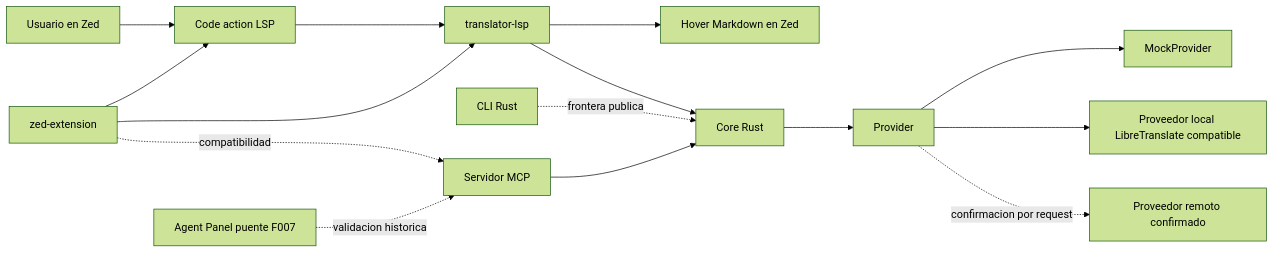
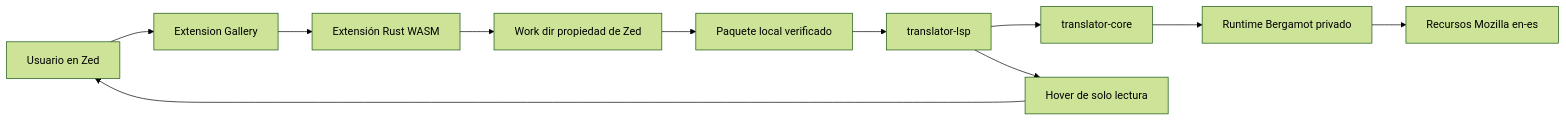
Before and after one commit to Theos48/zed-en-es-translator: the first of 5 diagrams in docs/diagrams.md, drawn with Mermaid (forest theme). The commit also changed other lines of this file and 275 other files, not shown here.

First line of the commit message:
refactor(repository)!: converge on the Gallery runtime

````diff
--- a/docs/diagrams.md
+++ b/docs/diagrams.md
@@ -9,31 +7,24 @@
 ```mermaid
 flowchart LR
     user[Usuario en Zed]
-    action[Code action LSP]
-    preview[Hover Markdown en Zed]
-    extension[zed-extension]
+    gallery[Extension Gallery]
+    extension[Extensión Rust WASM]
+    work[Work dir propiedad de Zed]
+    package[Paquete local verificado]
     lsp[translator-lsp]
-    mcp[Servidor MCP]
-    cli[CLI Rust]
-    core[Core Rust]
-    provider[Provider]
-    mock[MockProvider]
-    local[Proveedor local LibreTranslate compatible]
-    remote[Proveedor remoto confirmado]
-    agent[Agent Panel puente F007]
+    core[translator-core]
+    runner[Runtime Bergamot privado]
+    models[Recursos Mozilla en-es]
+    preview[Hover de solo lectura]
 
-    user --> action
-    extension --> action
-    action --> lsp
+    user --> gallery
+    gallery --> extension
+    extension --> work
+    work --> package
+    package --> lsp
+    lsp --> core
+    core --> runner
+    runner --> models
     lsp --> preview
-    lsp --> core
-    extension --> lsp
-    extension -. compatibilidad .-> mcp
-    cli -. frontera publica .-> core
-    mcp --> core
-    core --> provider
-    provider --> mock
-    provider --> local
-    provider -. confirmacion por request .-> remote
-    agent -. validacion historica .-> mcp
+    preview --> user
 ```
````
